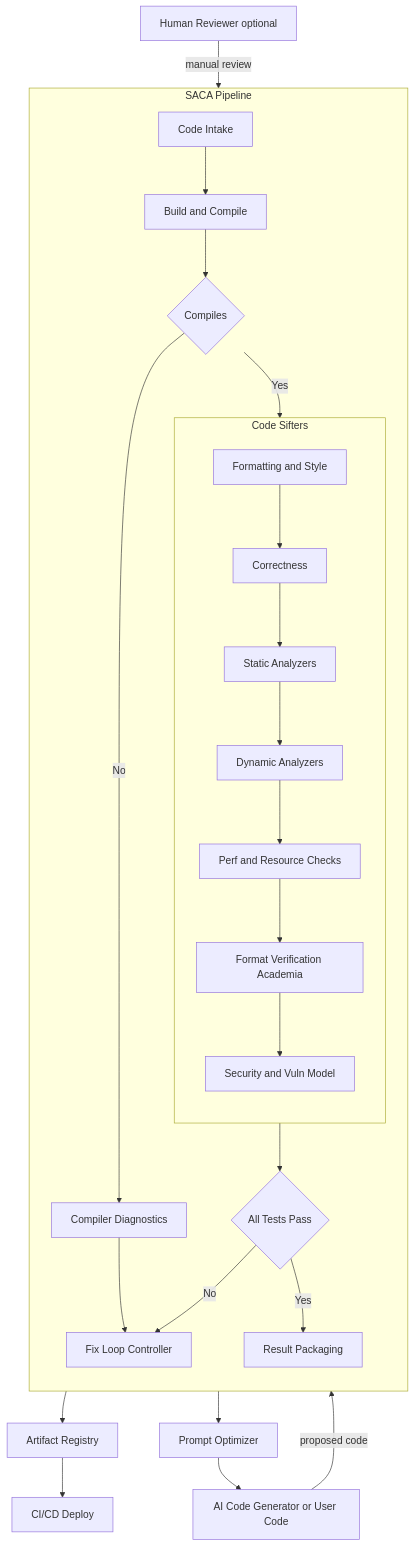
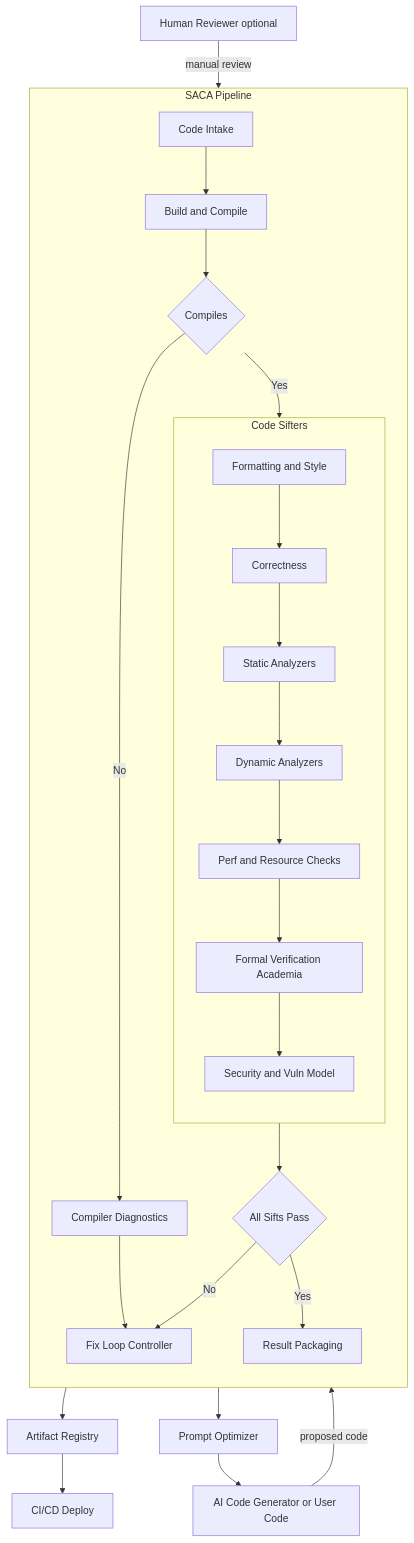
The diagram in README.md (boggioMichael/saca), drawn with Mermaid before and after one commit.

Commit message:
Update README.md - little nitpicks

````diff
--- a/README.md
+++ b/README.md
@@ -50,36 +50,36 @@
 ```mermaid
 flowchart TD
   %% Inputs / Outputs
   A[AI Code Generator or User Code] -->|proposed code| B[Code Intake]
   Z[Human Reviewer optional] -->|manual review| N[Result Packaging]
   N --> AA[Artifact Registry]
   AA --> AB[CI/CD Deploy]
 
   %% SACA Pipeline
   subgraph S[SACA Pipeline]
     direction TB
     B --> C[Build and Compile]
     C --> D{Compiles}
     D -- No --> R1[Compiler Diagnostics] --> Q[Fix Loop Controller]
     D -- Yes --> E1[Formatting and Style]
 
     %% Code Sifters group
     subgraph CS[Code Sifters]
       direction TB
       E1 --> E2[Correctness]
       E2 --> E3[Static Analyzers]
       E3 --> E4[Dynamic Analyzers]
       E4 --> E5[Perf and Resource Checks]
-      E5 --> E6[Format Verification Academia]
+      E5 --> E6[Formal Verification Academia]
       E6 --> E7[Security and Vuln Model]
     end
 
-    E7 --> M{All Tests Pass}
+    E7 --> M{All Sifts Pass}
     M -- Yes --> N
     M -- No --> Q
   end
 
   %% Feedback Loop
   Q --> P[Prompt Optimizer]
   P --> A
 ```
````
